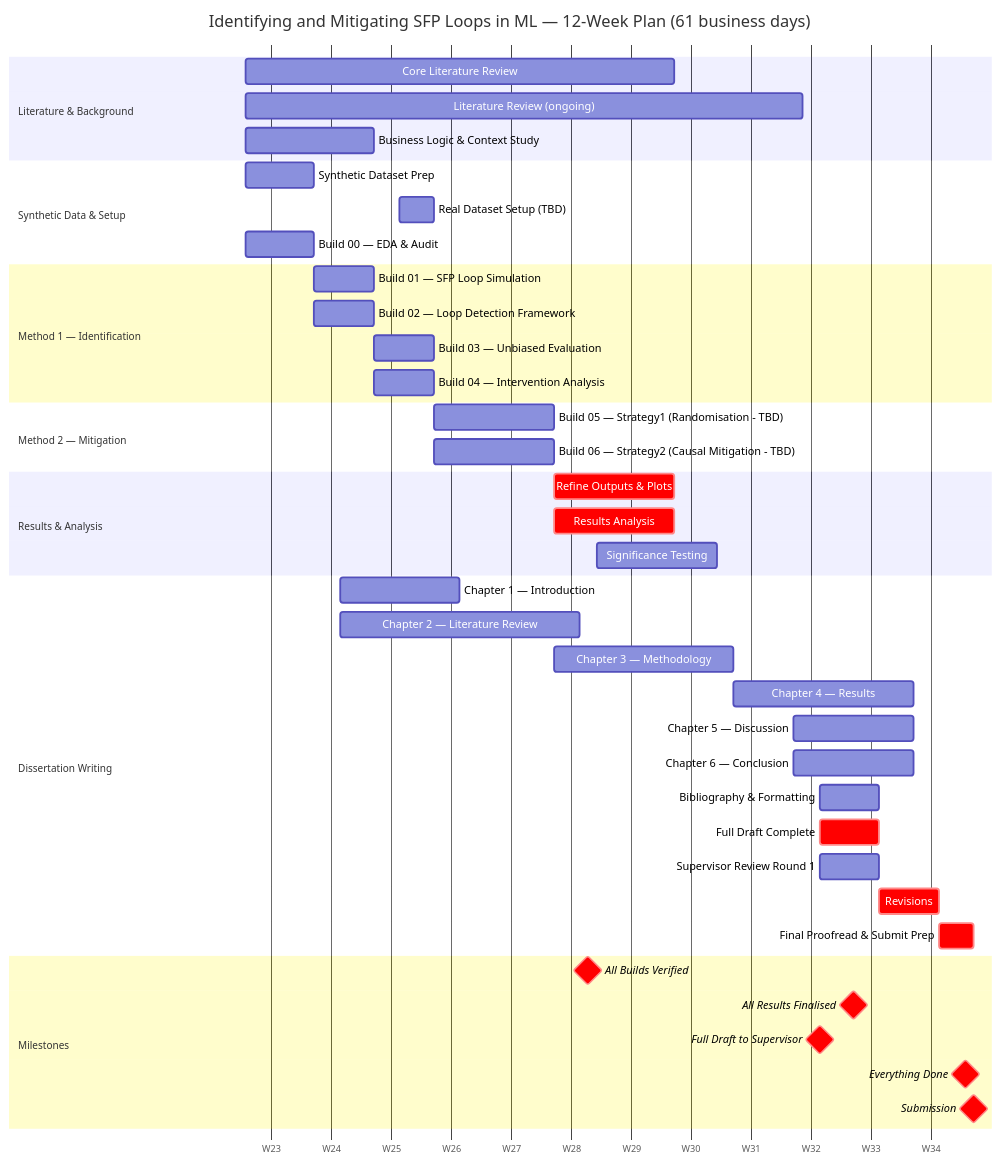
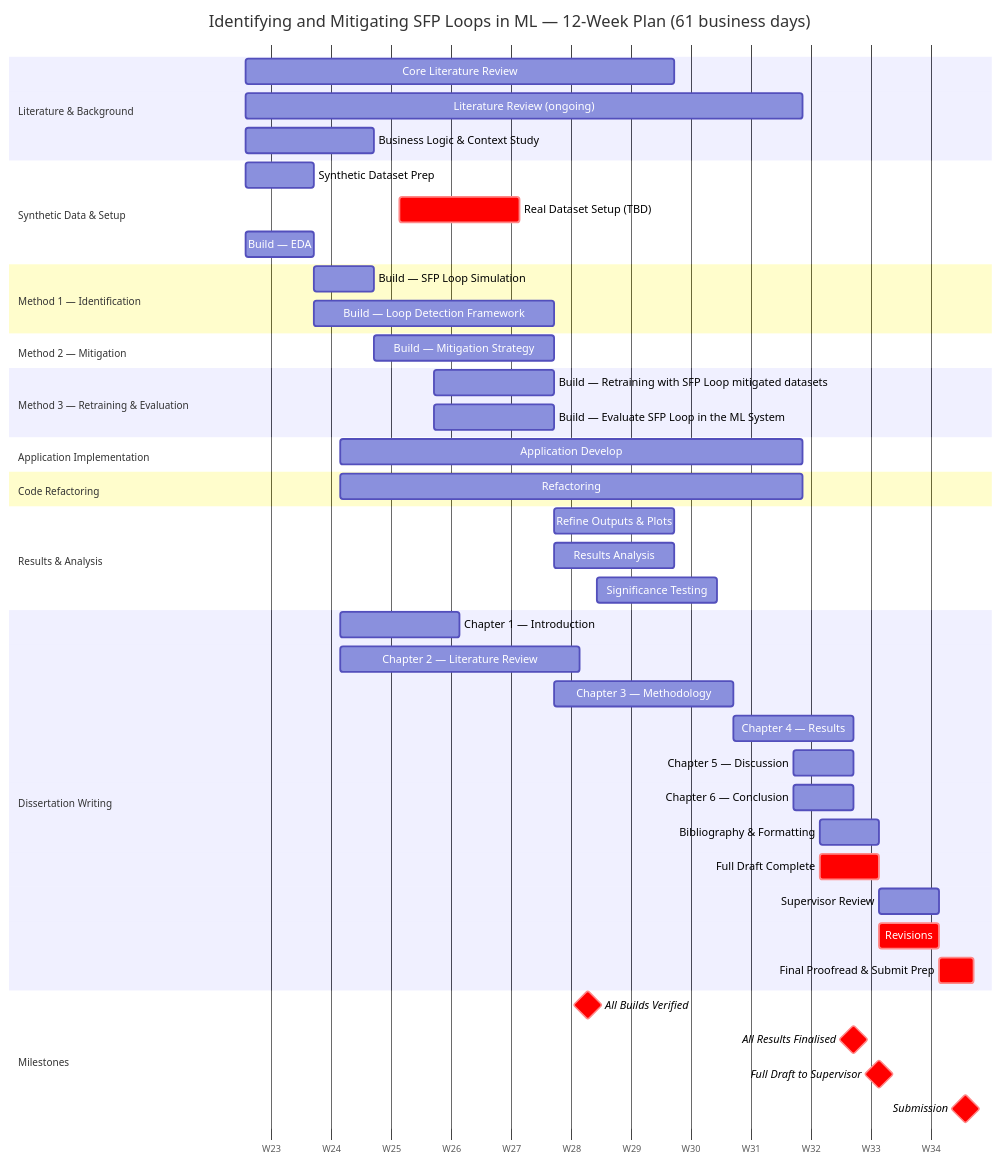
The diagram in gantt.chart.md (Rylie-KIM/uob-final-dissertation-allianz-internship-2026), drawn with Mermaid before and after one commit. The commit also changed 5 other files, not shown here.

````diff
--- a/gantt.chart.md
+++ b/gantt.chart.md
@@ -3,55 +3,63 @@
 ```mermaid
 %%{init: {'theme': 'default', 'useMaxWidth': false, 'useWidth': 3000, 'gantt': {'fontSize': 12, 'barHeight': 28, 'barGap': 10, 'topPadding': 60, 'sidePadding': 60, 'leftPadding': 260, 'rightPadding': 40}}}%%
 gantt
     title Identifying and Mitigating SFP Loops in ML — 12-Week Plan (61 business days)
     dateFormat  YYYY-MM-DD
     axisFormat  W%W
     tickInterval 1week
 
     section Literature & Background
     Core Literature Review            : 2026-06-11, 2026-07-31
     Literature Review (ongoing)       :2026-06-11, 2026-08-15
     Business Logic & Context Study    :2026-06-11, 2026-06-26
 
     section Synthetic Data & Setup
     Synthetic Dataset Prep    :2026-06-11, 2026-06-19
-    Real Dataset Setup (TBD) :2026-06-29, 2026-07-03
-    Build 00 — EDA & Audit        :2026-06-11, 2026-06-19
+    Real Dataset Setup (TBD) :crit, 2026-06-29, 2w 
+    Build — EDA        :2026-06-11, 2026-06-19
 
     section Method 1 — Identification
-    Build 01 — SFP Loop Simulation      :2026-06-19, 2026-06-26
-    Build 02 — Loop Detection Framework :2026-06-19, 2026-06-26
-    Build 03 — Unbiased Evaluation      :2026-06-26, 2026-07-03
-    Build 04 — Intervention Analysis    :2026-06-26, 2026-07-03
+    Build — SFP Loop Simulation      :2026-06-19, 2026-06-26
+    Build — Loop Detection Framework :2026-06-19, 2026-07-17
 
     section Method 2 — Mitigation
-    Build 05 — Strategy1 (Randomisation - TBD)    :2026-07-03, 2026-07-17
-    Build 06 — Strategy2 (Causal Mitigation - TBD)  :2026-07-03, 2026-07-17
+    Build — Mitigation Strategy   :2026-06-26, 2026-07-17
+    
+    section Method 3 — Retraining & Evaluation 
+    Build — Retraining with SFP Loop mitigated datasets   :2026-07-03, 2026-07-17
+    Build — Evaluate SFP Loop in the ML System            :2026-07-03, 2026-07-17
 
+    
+    section Application Implementation 
+    Application Develop: 2026-06-22, 2026-08-15
+    
+    section Code Refactoring 
+    Refactoring    :2026-06-22, 2026-08-15
+
+    
     section Results & Analysis
-    Refine Outputs & Plots        :crit, 2026-07-17, 2w
-    Results Analysis              :crit, 2026-07-17, 2w
+    Refine Outputs & Plots        :2026-07-17, 2w
+    Results Analysis              :2026-07-17, 2w
     Significance Testing          :2026-07-22, 2w
 
     section Dissertation Writing 
     Chapter 1 — Introduction      :2026-06-22, 2w
     Chapter 2 — Literature Review :2026-06-22, 4w
     Chapter 3 — Methodology       :2026-07-17, 3w
-    Chapter 4 — Results           :2026-08-07, 3w
-    Chapter 5 — Discussion        :2026-08-14, 2w
-    Chapter 6 — Conclusion        :2026-08-14, 2w
+    Chapter 4 — Results           :2026-08-07, 2w
+    Chapter 5 — Discussion        :2026-08-14, 1w
+    Chapter 6 — Conclusion        :2026-08-14, 1w
     Bibliography & Formatting     :2026-08-17, 1w
     
-    Full Draft Complete           :crit, 2026-08-17, 1w
-    Supervisor Review Round 1     :2026-08-17, 1w
+    
+    Full Draft Complete           :crit, 2026-08-17, 1w 
+    Supervisor Review             :2026-08-24, 1w
     Revisions                     :crit, 2026-08-24, 1w
     Final Proofread & Submit Prep :crit, 2026-08-31, 4d
 
     section Milestones
     All Builds Verified           :milestone, crit, 2026-07-21, 0d
     All Results Finalised         :milestone, crit, 2026-08-21, 0d
-    Full Draft to Supervisor      :milestone, crit, 2026-08-17, 0d
-    Everything Done               :milestone, crit, 2026-09-03, 0d
-    Submission                    :milestone, crit, 2026-09-04, 0d
-
+    Full Draft to Supervisor      :milestone, crit, 2026-08-24, 0d
+    Submission                    :milestone, crit, 2026-09-03, 0d
 ```
````
